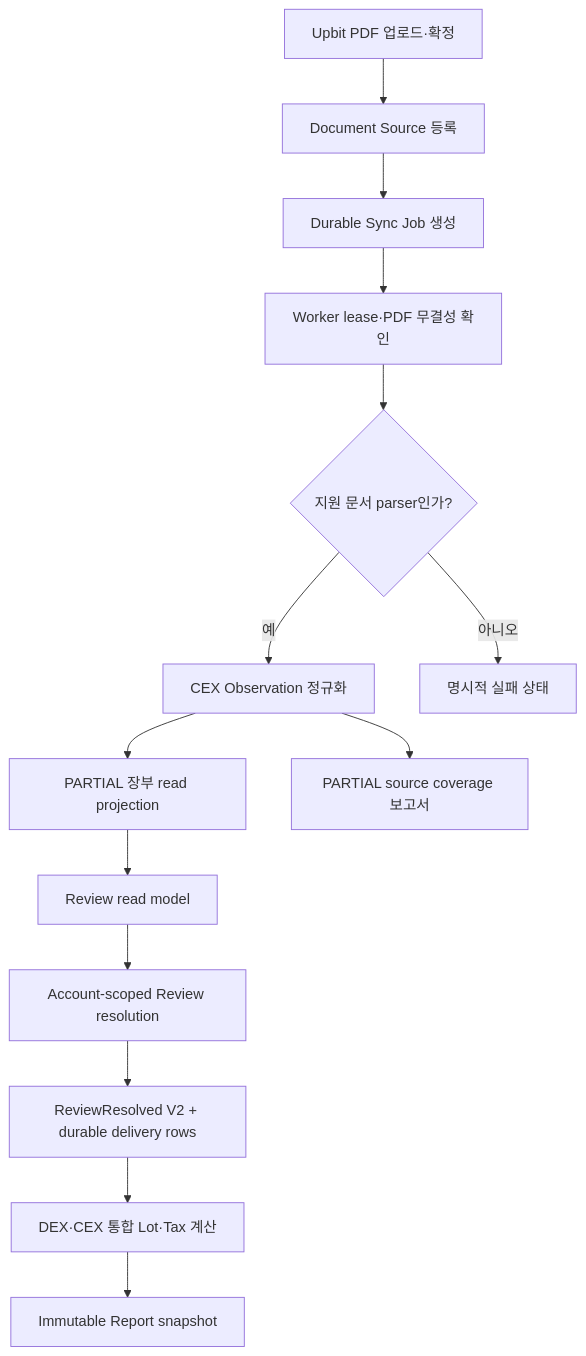
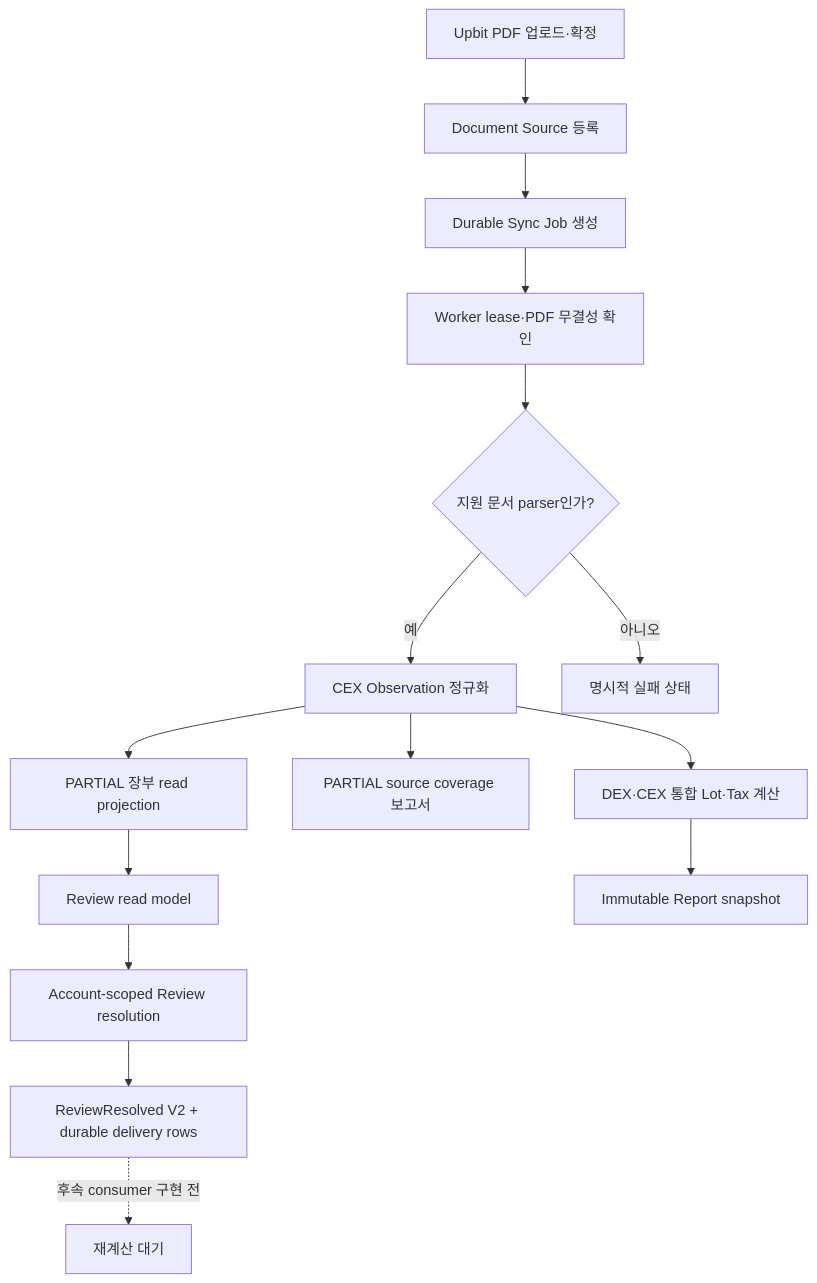
Before and after one commit to BackwardLabs/daejang: the diagram in docs/engine-integration-roadmap.md, drawn with Mermaid. The commit also changed other lines of this file and 1 other file, not shown here.

````diff
--- a/docs/engine-integration-roadmap.md
+++ b/docs/engine-integration-roadmap.md
@@ -31,16 +31,17 @@
 ```mermaid
 flowchart TD
   upload[Upbit PDF 업로드·확정] --> source[Document Source 등록]
   source --> sync[Durable Sync Job 생성]
   sync --> worker[Worker lease·PDF 무결성 확인]
   worker --> parse{지원 문서 parser인가?}
   parse -->|예| observation[CEX Observation 정규화]
   parse -->|아니오| fail[명시적 실패 상태]
   observation --> activity[PARTIAL 장부 read projection]
   observation --> coverage[PARTIAL source coverage 보고서]
+  observation --> tax[DEX·CEX 통합 Lot·Tax 계산]
   activity --> review[Review read model]
   review --> resolution[Account-scoped Review resolution]
   resolution --> delivery[ReviewResolved V2 + durable delivery rows]
-  delivery --> tax[DEX·CEX 통합 Lot·Tax 계산]
+  delivery -. 후속 consumer 구현 전 .-> pending[재계산 대기]
   tax --> report[Immutable Report snapshot]
 ```
````
